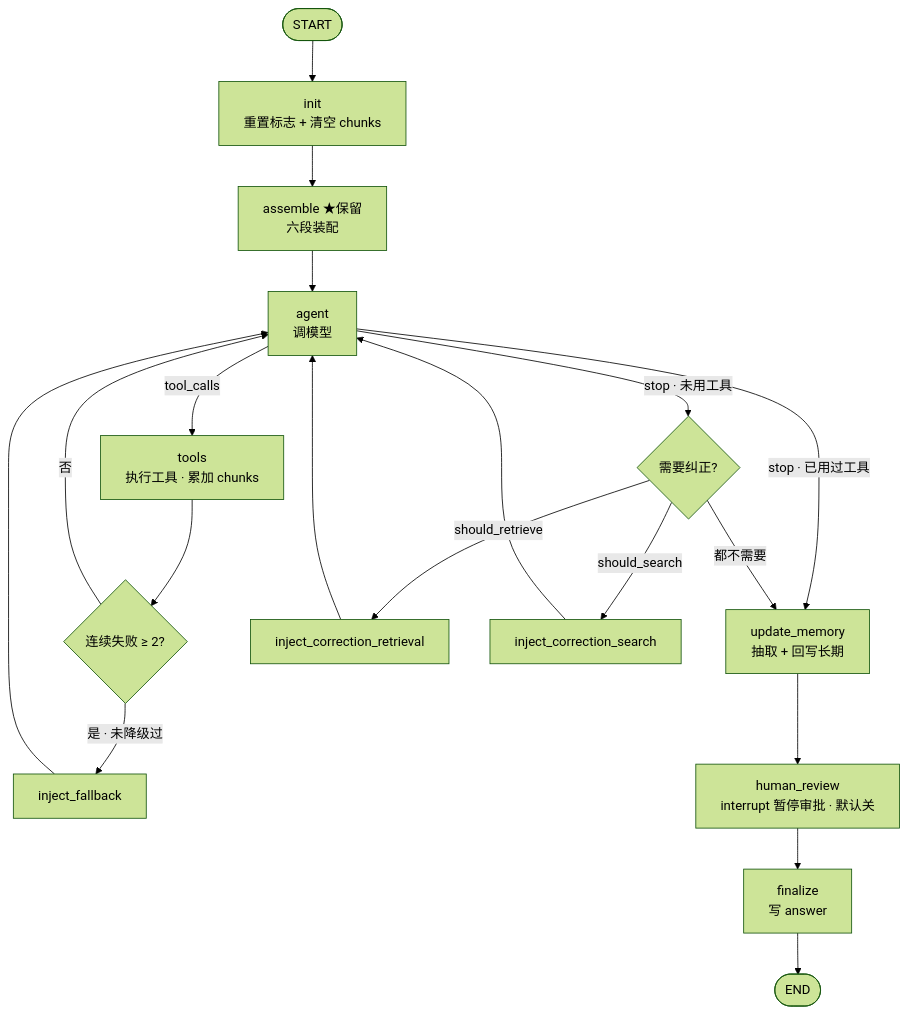
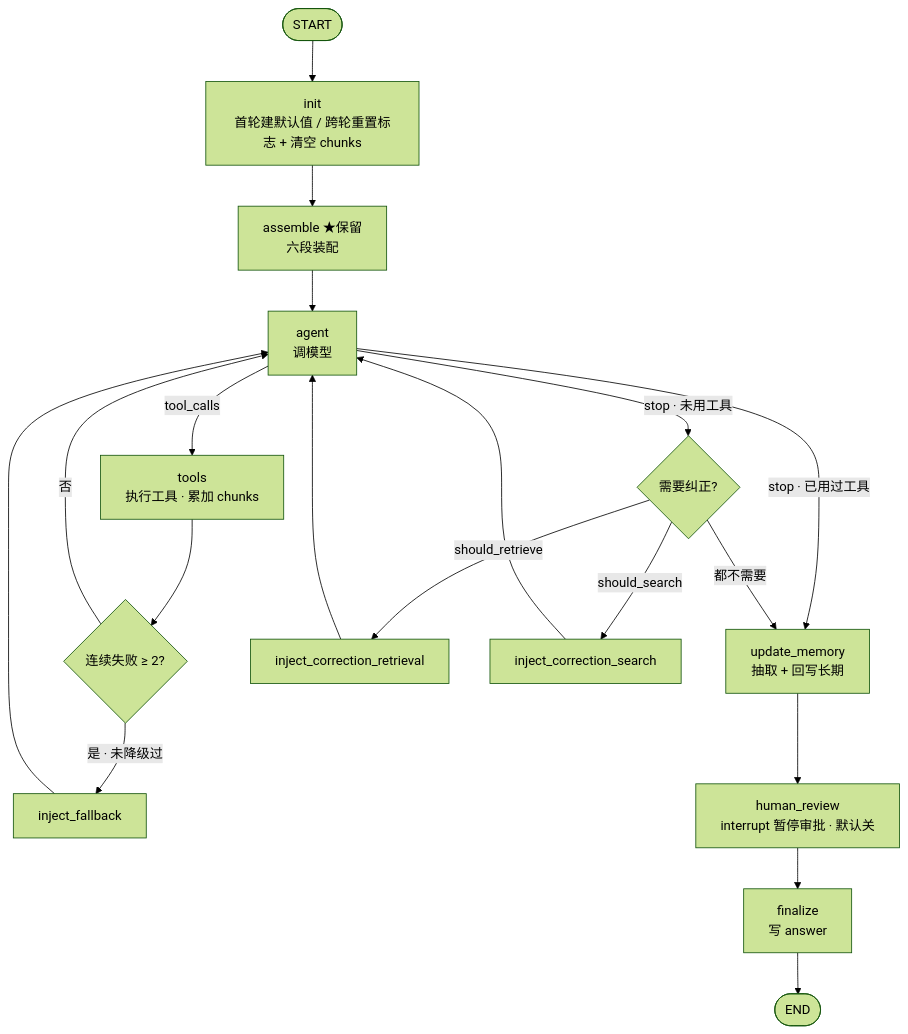
Before and after one commit to cczywyc/ai-agent-lab: the diagram in week_6/docs/第六周设计草稿.md, drawn with Mermaid (forest theme). The commit also changed other lines of this file, not shown here.

````diff
--- a/week_6/docs/第六周设计草稿.md
+++ b/week_6/docs/第六周设计草稿.md
@@ -140,21 +149,21 @@
 ```mermaid
 flowchart TD
-    START([START]) --> init["init<br/>重置标志 + 清空 chunks"]
+    START([START]) --> init["init<br/>首轮建默认值 / 跨轮重置标志 + 清空 chunks"]
     init --> assemble["assemble ★保留<br/>六段装配"]
     assemble --> agent["agent<br/>调模型"]
     agent -->|"tool_calls"| tools["tools<br/>执行工具 · 累加 chunks"]
     agent -->|"stop · 已用过工具"| update["update_memory<br/>抽取 + 回写长期"]
     agent -->|"stop · 未用工具"| corr{"需要纠正?"}
     tools --> fail{"连续失败 ≥ 2?"}
     fail -->|"是 · 未降级过"| fb["inject_fallback"]
     fail -->|"否"| agent
     fb --> agent
     corr -->|"should_retrieve"| ic1["inject_correction_retrieval"]
     corr -->|"should_search"| ic2["inject_correction_search"]
     corr -->|"都不需要"| update
     ic1 --> agent
     ic2 --> agent
     update --> review["human_review<br/>interrupt 暂停审批 · 默认关"]
     review --> finalize["finalize<br/>写 answer"]
     finalize --> END([END])
 ```
````
